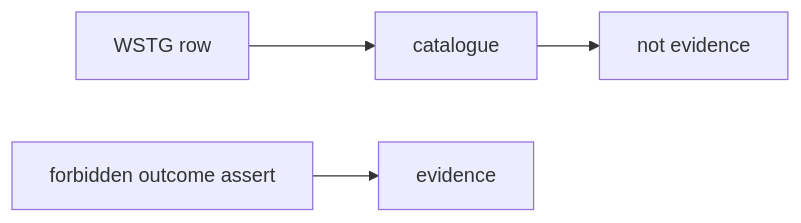
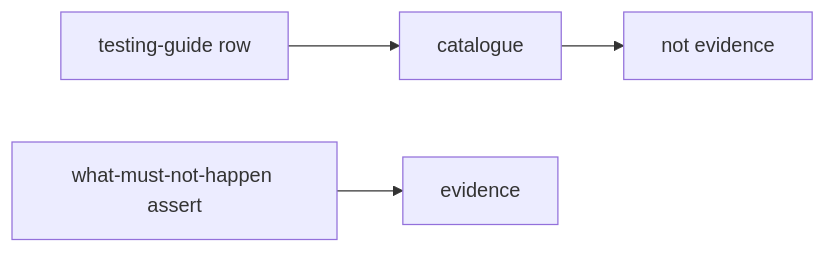
Before and after one commit to ishitvagoel/LearnSecurity: the second of 2 diagrams in content/modules/9/9.3/lessons/02-model.md, drawn with Mermaid. The commit also changed other lines of this file and 39 other files, not shown here.

````diff
--- a/content/modules/9/9.3/lessons/02-model.md
+++ b/content/modules/9/9.3/lessons/02-model.md
@@ -23,6 +26,6 @@
 ```mermaid
 flowchart LR
-  Wstg[WSTG row] --> Inventory[catalogue]
-  Pytest[forbidden outcome assert] --> Evidence[evidence]
+  Guide[testing-guide row] --> Inventory[catalogue]
+  Pytest[what-must-not-happen assert] --> Evidence[evidence]
   Inventory --> NotE[not evidence]
 ```
````
